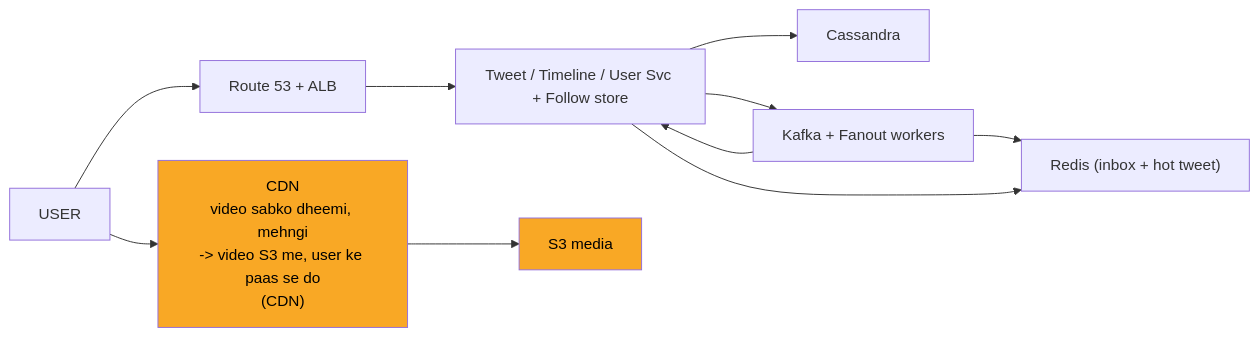
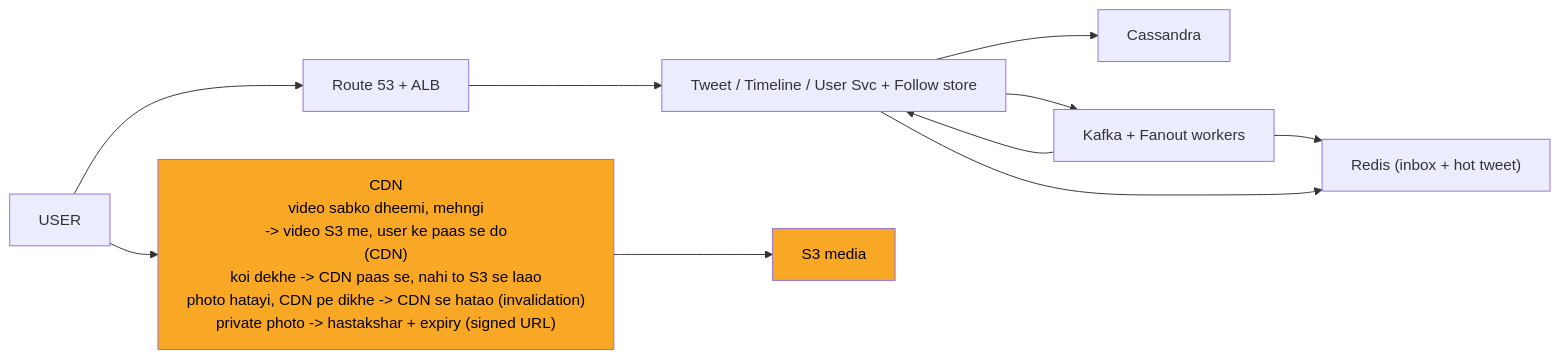
Before and after one commit to ArpanMaheshwari144/Prep: diagram 11 of 12 in 04_HLD/SYSTEM_DESIGNS/03_twitter_feed/03_twitter_feed.md, drawn with Mermaid. The commit also changed other lines of this file and 12 other files, not shown here.

Commit message:
hld 02-14: peele dabbe me SAFAR ke mod + diagram chauda (wrappingWidth 450)

````diff
--- a/04_HLD/SYSTEM_DESIGNS/03_twitter_feed/03_twitter_feed.md
+++ b/04_HLD/SYSTEM_DESIGNS/03_twitter_feed/03_twitter_feed.md
@@ -440,22 +450,23 @@
 ```mermaid
+%%{init: {"flowchart": {"wrappingWidth": 450}}}%%
 flowchart LR
     n_USER["USER"]
     n_EDGE["Route 53 + ALB"]
-    n_CDN["CDN<br/>video sabko dheemi, mehngi<br/>-> video S3 me, user ke paas se do<br/>(CDN)"]
+    n_CDN["CDN<br/>video sabko dheemi, mehngi<br/>-> video S3 me, user ke paas se do<br/>(CDN)<br/>koi dekhe -> CDN paas se, nahi to S3 se laao<br/>photo hatayi, CDN pe dikhe -> CDN se hatao (invalidation)<br/>private photo -> hastakshar + expiry (signed URL)"]
     n_SVC["Tweet / Timeline / User Svc + Follow store"]
     n_Cassandra["Cassandra"]
     n_FAN["Kafka + Fanout workers"]
     n_RI["Redis (inbox + hot tweet)"]
     n_S3["S3 media"]
     n_USER --> n_EDGE
     n_EDGE --> n_SVC
     n_SVC --> n_Cassandra
     n_SVC --> n_FAN
     n_FAN --> n_RI
     n_SVC --> n_RI
     n_FAN --> n_SVC
     n_USER --> n_CDN
     n_CDN --> n_S3
     style n_CDN fill:#f9a825,color:#000
     style n_S3 fill:#f9a825,color:#000
 ```
````
